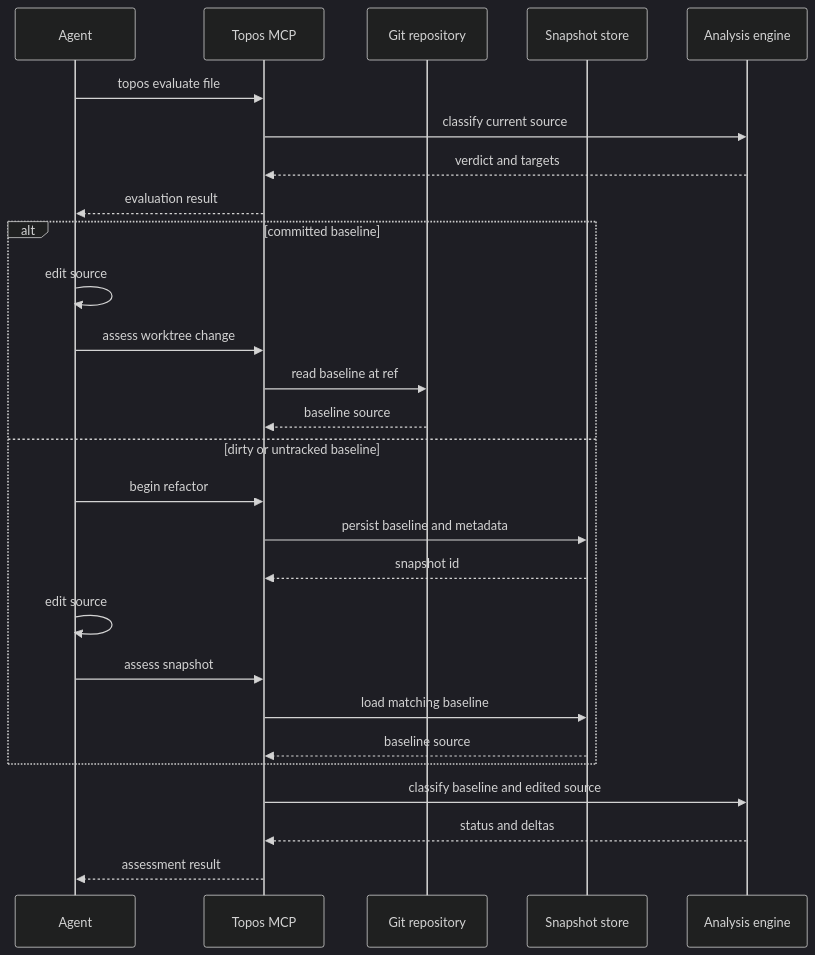
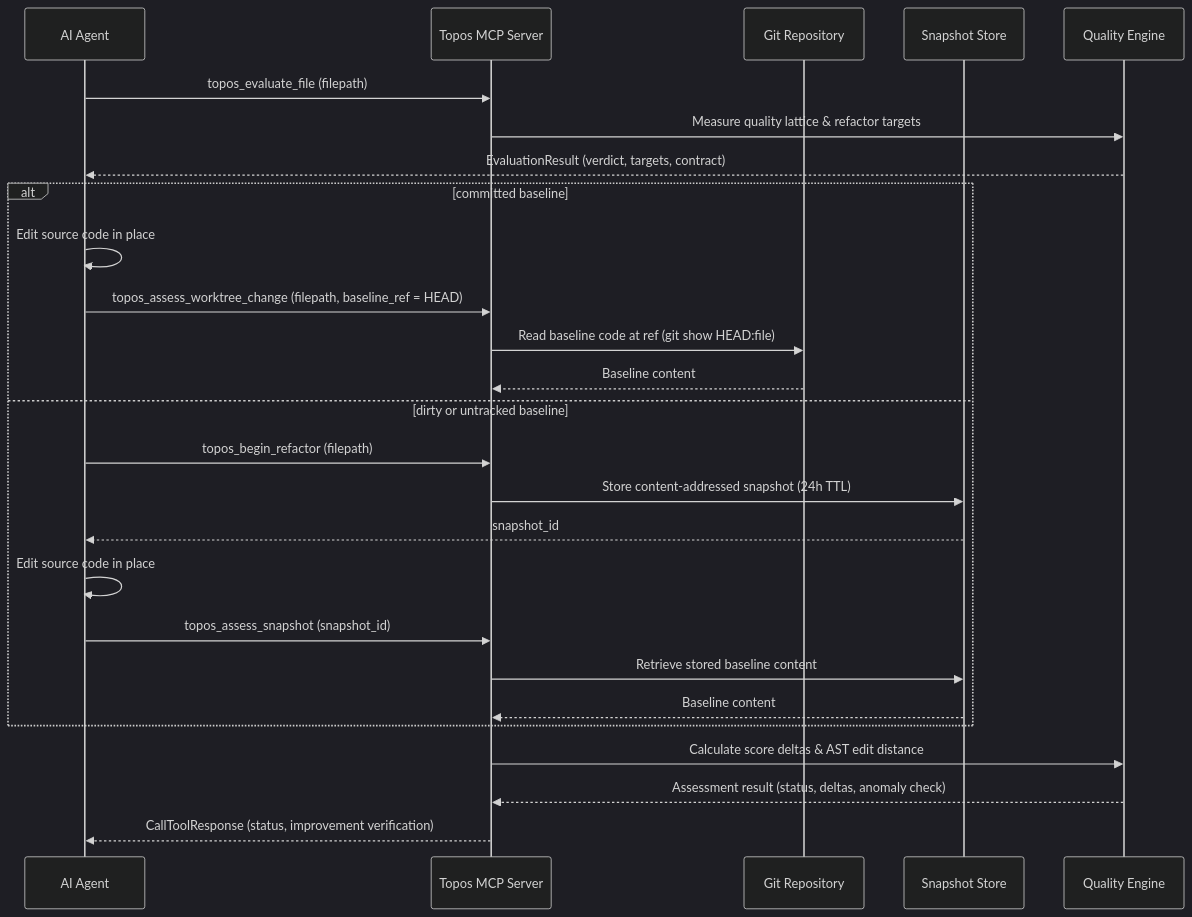
One commit to Krv-Labs/topos changed the third of 3 diagrams in openwiki/workflows/agent-and-cli.md. Above: the diagram before and after it, drawn with Mermaid (dark theme). The commit also changed other lines of this file and 20 other files, not shown here.

````diff
--- a/openwiki/workflows/agent-and-cli.md
+++ b/openwiki/workflows/agent-and-cli.md
@@ -325,29 +280,29 @@
 ```mermaid
 sequenceDiagram
-    participant Agent
-    participant Mcp as Topos MCP
-    participant Git as Git repository
-    participant Store as Snapshot store
-    participant Engine as Analysis engine
-    Agent->>Mcp: topos evaluate file
-    Mcp->>Engine: classify current source
-    Engine-->>Mcp: verdict and targets
-    Mcp-->>Agent: evaluation result
+    participant Agent as AI Agent
+    participant Server as Topos MCP Server
+    participant Git as Git Repository
+    participant Snap as Snapshot Store
+    participant Engine as Quality Engine
+
+    Agent->>Server: topos_evaluate_file (filepath)
+    Server->>Engine: Measure quality lattice & refactor targets
+    Engine-->>Agent: EvaluationResult (verdict, targets, contract)
     alt committed baseline
-        Agent->>Agent: edit source
-        Agent->>Mcp: assess worktree change
-        Mcp->>Git: read baseline at ref
-        Git-->>Mcp: baseline source
+        Agent->>Agent: Edit source code in place
+        Agent->>Server: topos_assess_worktree_change (filepath, baseline_ref = HEAD)
+        Server->>Git: Read baseline code at ref (git show HEAD:file)
+        Git-->>Server: Baseline content
     else dirty or untracked baseline
-        Agent->>Mcp: begin refactor
-        Mcp->>Store: persist baseline and metadata
-        Store-->>Mcp: snapshot id
-        Agent->>Agent: edit source
-        Agent->>Mcp: assess snapshot
-        Mcp->>Store: load matching baseline
-        Store-->>Mcp: baseline source
+        Agent->>Server: topos_begin_refactor (filepath)
+        Server->>Snap: Store content-addressed snapshot (24h TTL)
+        Snap-->>Agent: snapshot_id
+        Agent->>Agent: Edit source code in place
+        Agent->>Server: topos_assess_snapshot (snapshot_id)
+        Server->>Snap: Retrieve stored baseline content
+        Snap-->>Server: Baseline content
     end
-    Mcp->>Engine: classify baseline and edited source
-    Engine-->>Mcp: status and deltas
-    Mcp-->>Agent: assessment result
+    Server->>Engine: Calculate score deltas & AST edit distance
+    Engine-->>Server: Assessment result (status, deltas, anomaly check)
+    Server-->>Agent: CallToolResponse (status, improvement verification)
 ```
````
